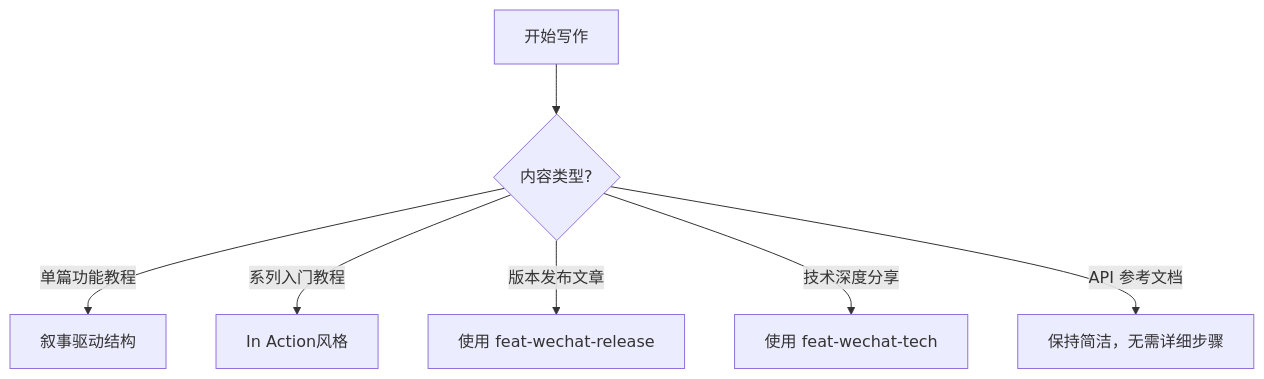
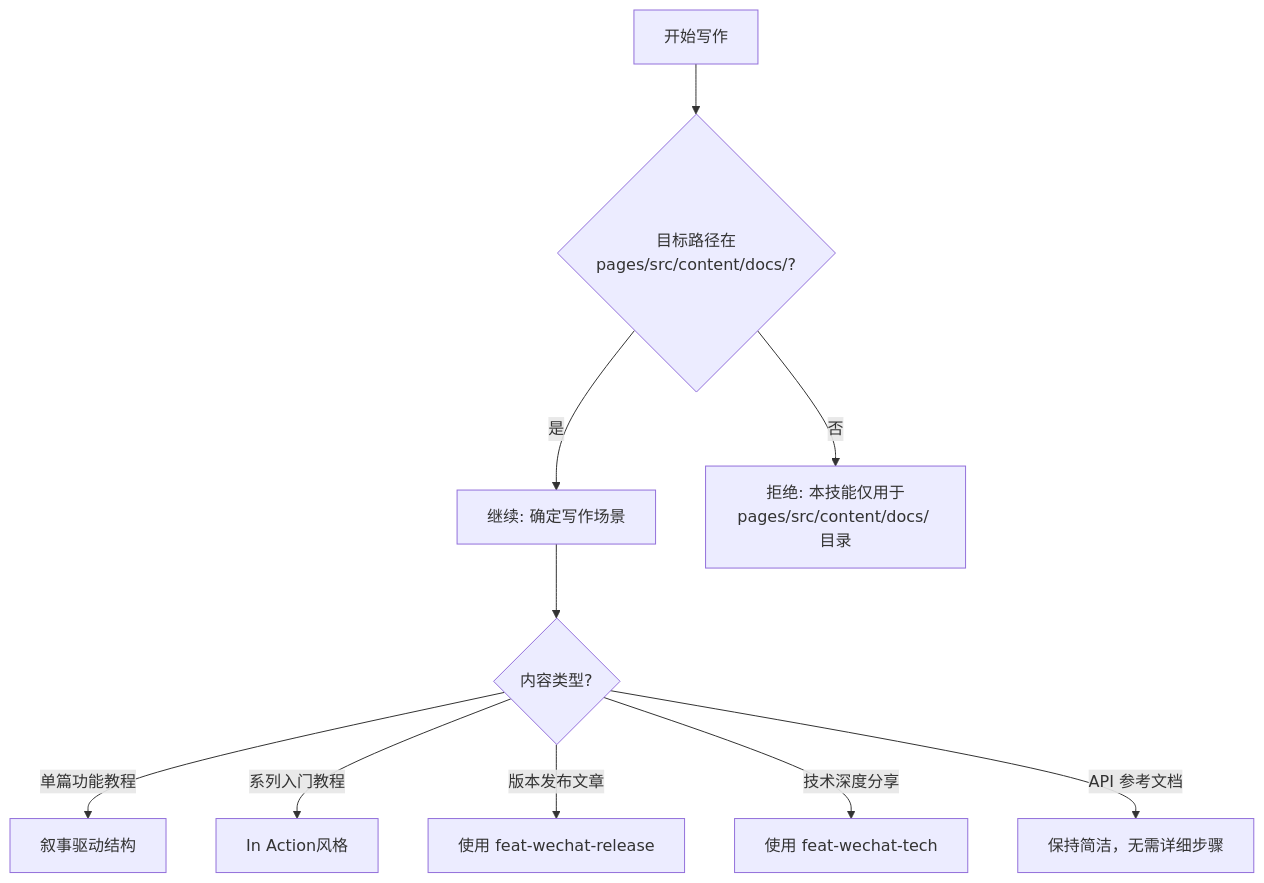
Before and after one commit to smartboot/feat: the first of 5 diagrams in .agents/skills/feat-docs-tutorial/SKILL.md, drawn with Mermaid. The commit also changed other lines of this file and 1 other file, not shown here.

````diff
--- a/.agents/skills/feat-docs-tutorial/SKILL.md
+++ b/.agents/skills/feat-docs-tutorial/SKILL.md
@@ -20,9 +22,13 @@
 ```mermaid
 flowchart TD
-    A[开始写作] --> B{内容类型?}
-    B -->|单篇功能教程| C[叙事驱动结构]
-    B -->|系列入门教程| D["In Action"风格]
-    B -->|版本发布文章| E[使用 feat-wechat-release]
-    B -->|技术深度分享| F[使用 feat-wechat-tech]
-    B -->|API 参考文档| G[保持简洁，无需详细步骤]
+    A[开始写作] --> B{目标路径在<br/>pages/src/content/docs/?}
+    B -->|是| C[继续: 确定写作场景]
+    B -->|否| D[拒绝: 本技能仅用于<br/>pages/src/content/docs/ 目录]
+    
+    C --> E{内容类型?}
+    E -->|单篇功能教程| F[叙事驱动结构]
+    E -->|系列入门教程| G["In Action"风格]
+    E -->|版本发布文章| H[使用 feat-wechat-release]
+    E -->|技术深度分享| I[使用 feat-wechat-tech]
+    E -->|API 参考文档| J[保持简洁，无需详细步骤]
 ```
````
